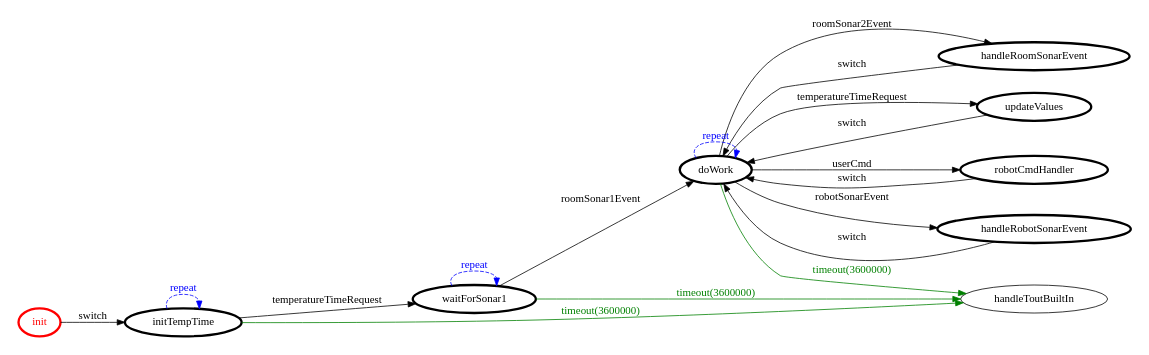
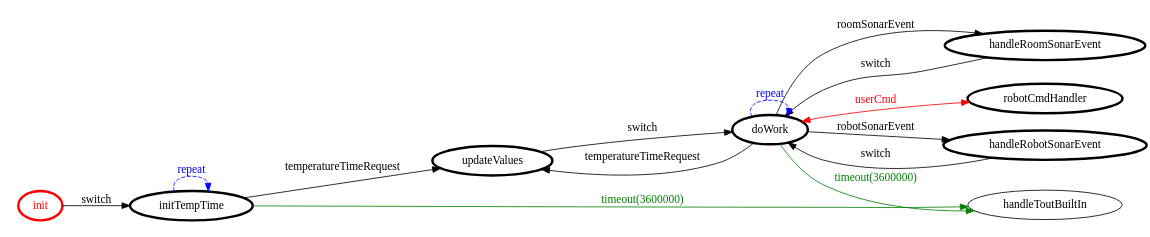
One commit to FraGio/iss2018 changed the diagram in it.unibo.projectRobot/srcMore/it/unibo/mind/mind.gv. Above: the diagram before and after it, drawn with Graphviz. The commit also changed 39 other files, not shown here.

```diff
--- a/it.unibo.projectRobot/srcMore/it/unibo/mind/mind.gv
+++ b/it.unibo.projectRobot/srcMore/it/unibo/mind/mind.gv
@@ -1,38 +1,33 @@
 /*
 *
 * A GraphViz DOT FSM description 
 * Please use a GraphViz visualizer (like http://www.webgraphviz.com)
 *  
 */
 
 digraph finite_state_machine {
 	rankdir=LR
 	size="8,5"
 	
 	init [ color = red ][ fontcolor = red ][ penwidth = 3 ]
 	handleRoomSonarEvent [ color = black ][ fontcolor = black ][ penwidth = 3 ]
 	doWork [ color = black ][ fontcolor = black ][ penwidth = 3 ]
 	initTempTime [ color = black ][ fontcolor = black ][ penwidth = 3 ]
 	updateValues [ color = black ][ fontcolor = black ][ penwidth = 3 ]
-	waitForSonar1 [ color = black ][ fontcolor = black ][ penwidth = 3 ]
 	robotCmdHandler [ color = black ][ fontcolor = black ][ penwidth = 3 ]
 	handleRobotSonarEvent [ color = black ][ fontcolor = black ][ penwidth = 3 ]
 	
 	initTempTime -> initTempTime [ label = "repeat "][ style = dashed ][ color = blue ][ fontcolor = blue ]
 	doWork -> handleToutBuiltIn [ label = "timeout(3600000)" ][ color = green ][ fontcolor = green ]
-	doWork -> handleRoomSonarEvent [ label = "roomSonar2Event" ][ color = black ][ fontcolor = black ]
 	updateValues -> doWork [ label = "switch" ][ color = black ][ fontcolor = black ]
 	handleRobotSonarEvent -> doWork [ label = "switch" ][ color = black ][ fontcolor = black ]
 	doWork -> handleRobotSonarEvent [ label = "robotSonarEvent" ][ color = black ][ fontcolor = black ]
 	initTempTime -> handleToutBuiltIn [ label = "timeout(3600000)" ][ color = green ][ fontcolor = green ]
-	initTempTime -> waitForSonar1 [ label = "temperatureTimeRequest" ][ color = black ][ fontcolor = black ]
+	doWork -> handleRoomSonarEvent [ label = "roomSonarEvent" ][ color = black ][ fontcolor = black ]
 	doWork -> updateValues [ label = "temperatureTimeRequest" ][ color = black ][ fontcolor = black ]
-	robotCmdHandler -> doWork [ label = "switch" ][ color = black ][ fontcolor = black ]
 	handleRoomSonarEvent -> doWork [ label = "switch" ][ color = black ][ fontcolor = black ]
 	init -> initTempTime [ label = "switch" ][ color = black ][ fontcolor = black ]
-	waitForSonar1 -> handleToutBuiltIn [ label = "timeout(3600000)" ][ color = green ][ fontcolor = green ]
 	doWork -> doWork [ label = "repeat "][ style = dashed ][ color = blue ][ fontcolor = blue ]
-	waitForSonar1 -> waitForSonar1 [ label = "repeat "][ style = dashed ][ color = blue ][ fontcolor = blue ]
-	waitForSonar1 -> doWork [ label = "roomSonar1Event" ][ color = black ][ fontcolor = black ]
-	doWork -> robotCmdHandler [ label = "userCmd" ][ color = black ][ fontcolor = black ]
+	initTempTime -> updateValues [ label = "temperatureTimeRequest" ][ color = black ][ fontcolor = black ]
+	doWork -> robotCmdHandler [ label = "userCmd" ][ color = red ][ fontcolor = red ][ dir = both ]
 }
```
